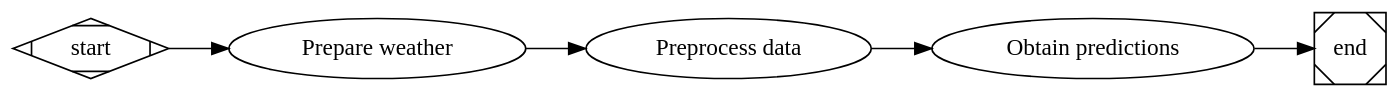
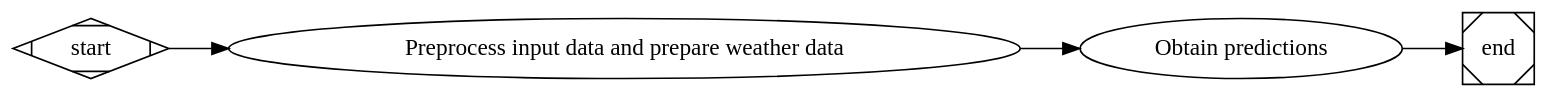
One commit to canmet-energy/btap_ml changed the second of 2 diagrams in docs/index.rst. Above: the diagram before and after it, drawn with Graphviz. The commit also changed other lines of this file and 8 other files, not shown here.

```diff
--- a/docs/index.rst
+++ b/docs/index.rst
@@ -39,15 +38,14 @@
 .. graphviz::
    :name: Obtaining predictions
 
    digraph G {
       bgcolor=transparent;
       rankdir=LR;
 
-      start -> weather -> preprocess -> run -> end;
+      start -> preprocess -> run -> end;
 
       start [shape=Mdiamond];
-      weather [label="Prepare weather"];
-      preprocess [label="Preprocess data"];
+      preprocess [label="Preprocess input data and prepare weather data"];
       run [label="Obtain predictions"];
       end [shape=Msquare];
     }
```
